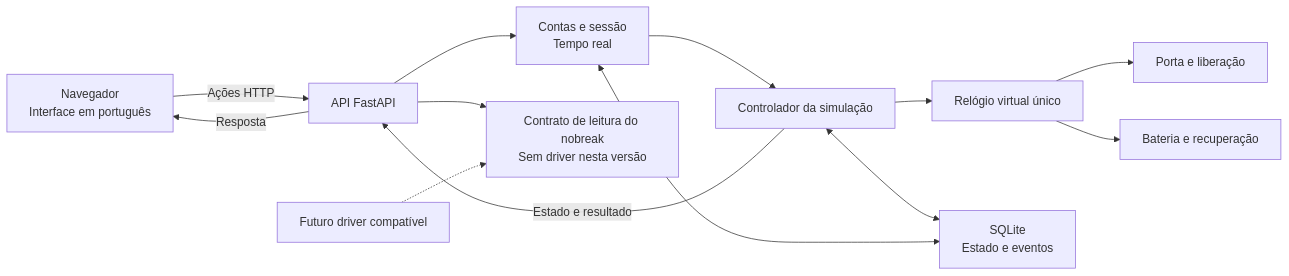
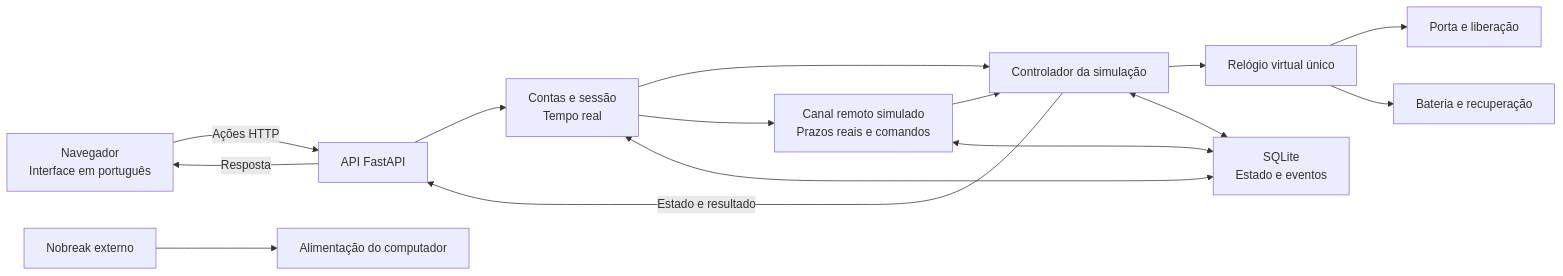
The diagram in docs/architecture.md (gustavonm20/EverLock), drawn with Mermaid before and after one commit. The commit also changed other lines of this file and 3 other files, not shown here.

Commit message:
Define o nobreak apenas como alimentacao do computador

````diff
--- a/docs/architecture.md
+++ b/docs/architecture.md
@@ -5,15 +5,17 @@
 ```mermaid
 flowchart LR
     Browser["Navegador\nInterface em português"] -->|"Ações HTTP"| API["API FastAPI"]
     API --> Auth["Contas e sessão\nTempo real"]
     Auth --> Controller["Controlador da simulação"]
+    Auth --> Communication["Canal remoto simulado\nPrazos reais e comandos"]
+    Communication --> Controller
+    Communication <--> Store
     Controller --> Clock["Relógio virtual único"]
     Clock --> Door["Porta e liberação"]
     Clock --> Power["Bateria e recuperação"]
     Controller <--> Store["SQLite\nEstado e eventos"]
     Auth <--> Store
-    API --> UPS["Contrato de leitura do nobreak\nSem driver nesta versão"]
-    Future["Futuro driver compatível"] -.-> UPS
+    UPS["Nobreak externo"] --> PC["Alimentação do computador"]
     Controller -->|"Estado e resultado"| API
     API -->|"Resposta"| Browser
 ```
````
